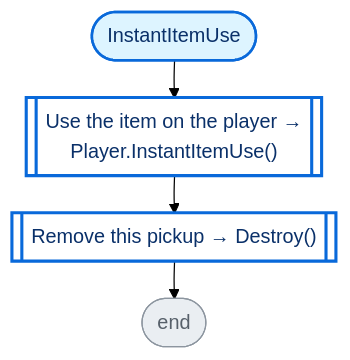
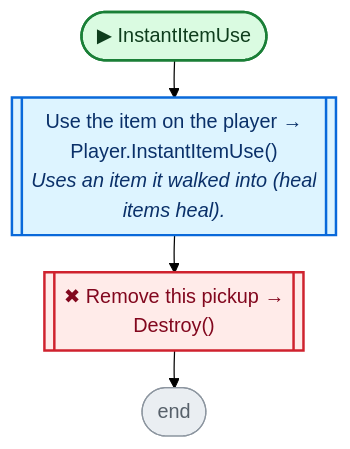
The third of 7 diagrams in CodeGraph~/graph/Loot.cs.md (nataiai/Lord-of-the-Dungeon), drawn with Mermaid (forest theme) before and after one commit. The commit also changed other lines of this file and 44 other files, not shown here.

````diff
--- a/CodeGraph~/graph/Loot.cs.md
+++ b/CodeGraph~/graph/Loot.cs.md
@@ -124,30 +130,35 @@
 ```mermaid
 ---
 config:
   flowchart:
     wrappingWidth: 260
     nodeSpacing: 26
     rankSpacing: 30
 ---
 flowchart TD
-  nS(["InstantItemUse"])
-  n443899[["Use the item on the player →<br>Player.InstantItemUse()"]]
-  nbee12d[["Remove this pickup → Destroy()"]]
+  nS(["▶ InstantItemUse"])
+  n443899[["Use the item on the player →<br>Player.InstantItemUse()<br><i>Uses an item it walked into (heal</i><br><i>items heal).</i>"]]
+  nbee12d[["✖ Remove this pickup →<br>Destroy()"]]
   nE(["end"])
   nS --> n443899
   n443899 --> nbee12d
   nbee12d --> nE
-  classDef unity fill:#fff1c2,stroke:#9a6700,stroke-width:2px,color:#3b2300
-  classDef start fill:#ddf4ff,stroke:#0969da,stroke-width:2px,color:#0a3069
-  classDef calc fill:#f6f8fa,stroke:#d0d7de,color:#57606a
-  classDef calls fill:#ffffff,stroke:#0969da,stroke-width:2.5px,color:#0a3069
-  classDef cond fill:#ffffff,stroke:#6e7781,stroke-width:1.5px,color:#1f2328
-  classDef loop fill:#fbefff,stroke:#8250df,color:#3e1f79
-  classDef exit fill:#eaeef2,stroke:#57606a,color:#24292f
-  classDef wait fill:#fff8f0,stroke:#bc4c00,color:#4d1d00
+  classDef unity fill:#dafbe1,stroke:#1a7f37,stroke-width:2px,color:#0f3d1d
+  classDef start fill:#dafbe1,stroke:#1a7f37,stroke-width:2px,color:#0f3d1d
+  classDef calc fill:#ffffff,stroke:#d0d7de,color:#57606a
+  classDef calls fill:#ddf4ff,stroke:#0969da,stroke-width:2px,color:#0a3069
+  classDef ext fill:#ddf4ff,stroke:#0969da,stroke-width:2px,stroke-dasharray:5 3,color:#0a3069
+  classDef cond fill:#fff8c5,stroke:#bf8700,stroke-width:1.5px,color:#3d2a00
+  classDef loop fill:#f6f8fa,stroke:#57606a,color:#1f2328
+  classDef exit fill:#ffebe9,stroke:#cf222e,color:#82071e
+  classDef kill fill:#ffebe9,stroke:#cf222e,stroke-width:2px,color:#82071e
+  classDef spawn fill:#dafbe1,stroke:#1a7f37,stroke-width:2px,color:#0f3d1d
+  classDef wait fill:#fff1e5,stroke:#bc4c00,color:#4d1d00
   classDef fin fill:#eaeef2,stroke:#8c959f,color:#57606a
   classDef join fill:#d0d7de,stroke:#8c959f,color:#57606a
-  class n443899,nbee12d calls
+  classDef ghdr fill:#f5f9ff,stroke:#f5f9ff,color:#0a3069,font-weight:bold
+  class n443899 calls
   class nE fin
+  class nbee12d kill
   class nS start
 ```
````
